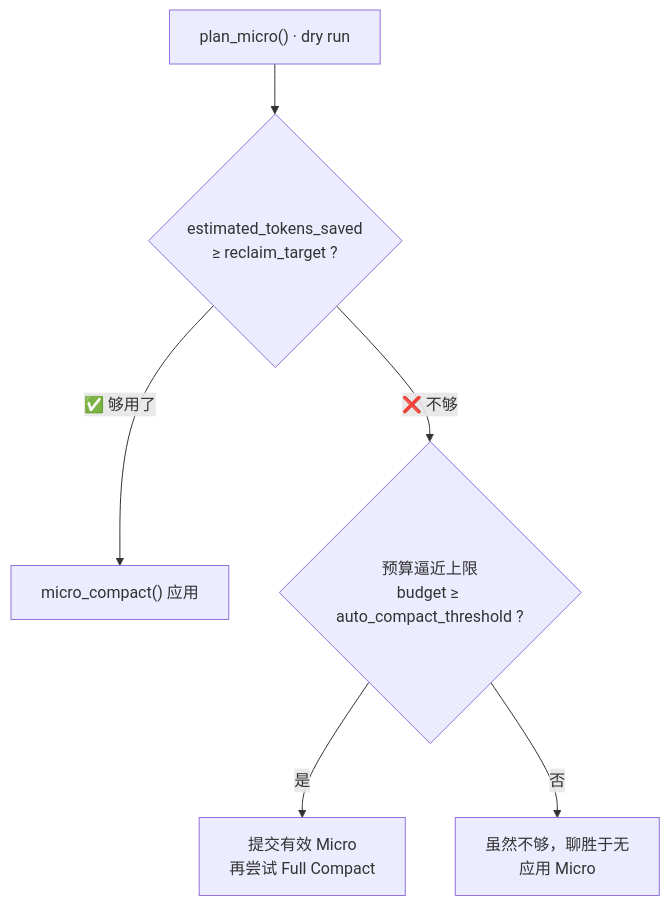
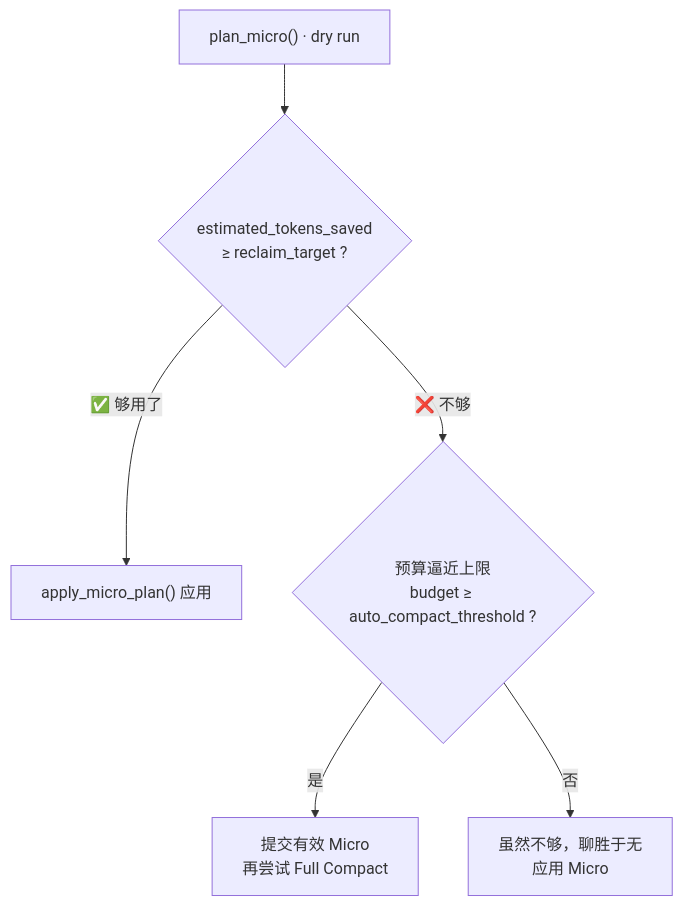
One commit to KonghaYao/peri changed the third of 3 diagrams in docs/design/micro-compact.md. Above: the diagram before and after it, drawn with Mermaid. The commit also changed other lines of this file and 3 other files, not shown here.

````diff
--- a/docs/design/micro-compact.md
+++ b/docs/design/micro-compact.md
@@ -241,8 +241,8 @@
 ```mermaid
 flowchart TD
     PM["plan_micro() · dry run"] --> Q1{"estimated_tokens_saved<br/>≥ reclaim_target ?"}
-    Q1 -->|"✅ 够用了"| APPLY["micro_compact() 应用"]
+    Q1 -->|"✅ 够用了"| APPLY["apply_micro_plan() 应用"]
     Q1 -->|"❌ 不够"| Q2{"预算逼近上限<br/>budget ≥ auto_compact_threshold ?"}
     Q2 -->|"是"| FULL["提交有效 Micro<br/>再尝试 Full Compact"]
     Q2 -->|"否"| PARTIAL["虽然不够，聊胜于无<br/>应用 Micro"]
 ```
````
